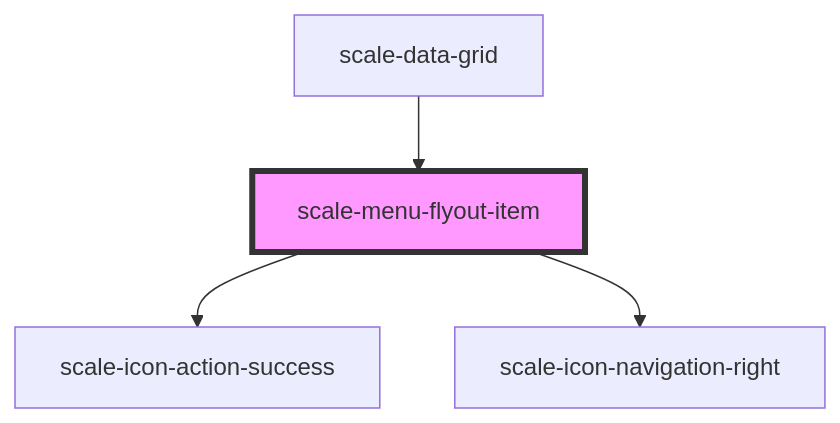
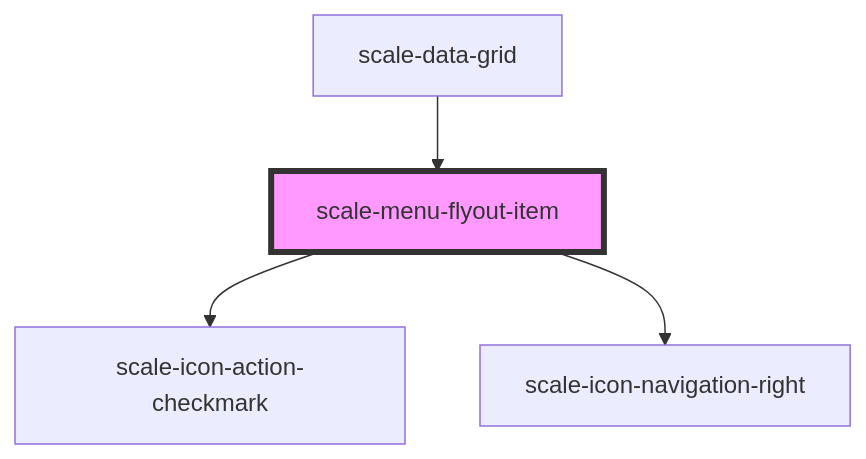
The diagram in packages/components/src/components/menu-flyout-item/readme.md (telekom/scale), drawn with Mermaid before and after one commit. The commit also changed other lines of this file and 787 other files, not shown here.

````diff
--- a/packages/components/src/components/menu-flyout-item/readme.md
+++ b/packages/components/src/components/menu-flyout-item/readme.md
@@ -64,7 +64,7 @@
 ```mermaid
 graph TD;
-  scale-menu-flyout-item --> scale-icon-action-success
+  scale-menu-flyout-item --> scale-icon-action-checkmark
   scale-menu-flyout-item --> scale-icon-navigation-right
   scale-data-grid --> scale-menu-flyout-item
   style scale-menu-flyout-item fill:#f9f,stroke:#333,stroke-width:4px
 ```
````
